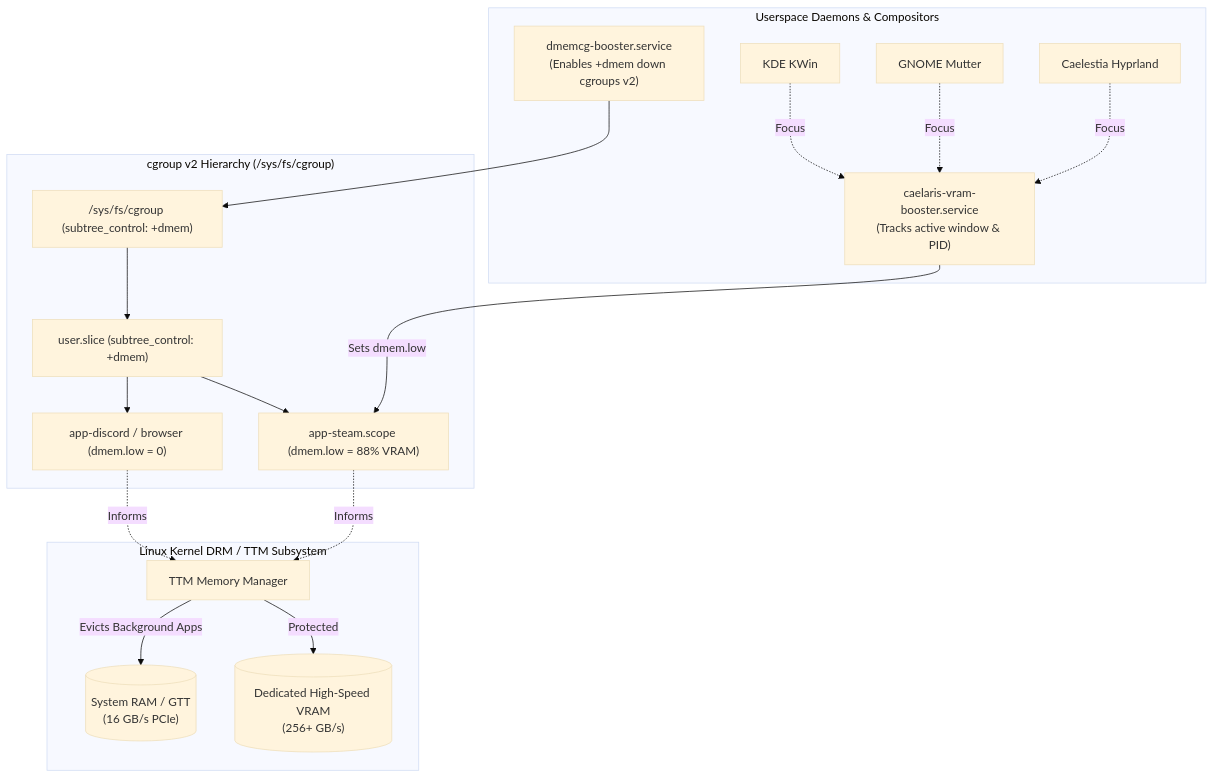
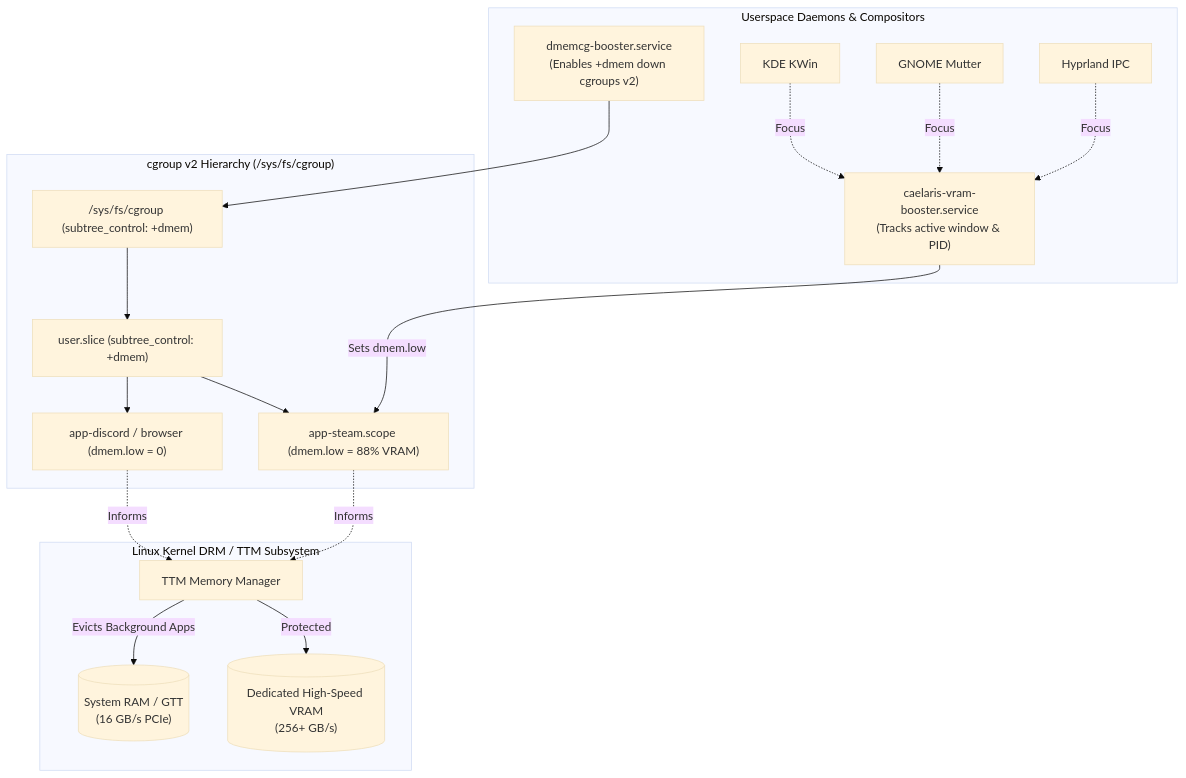
Before and after one commit to kurokai-kun/caelaris-linux: the diagram in ARCHITECTURE.md, drawn with Mermaid (base theme). The commit also changed other lines of this file and 27 other files, not shown here.

Commit message:
docs: finalize pure Hyprland transition, remove legacy Caelestia artifacts and update all documentation

````diff
--- a/ARCHITECTURE.md
+++ b/ARCHITECTURE.md
@@ -290,36 +290,36 @@
 ```mermaid
 flowchart TD
     subgraph Userspace["Userspace Daemons & Compositors"]
         dmemcg["dmemcg-booster.service<br/>(Enables +dmem down cgroups v2)"]
         booster["caelaris-vram-booster.service<br/>(Tracks active window & PID)"]
         kwin["KDE KWin"]
         mutter["GNOME Mutter"]
-        hypr["Caelestia Hyprland"]
+        hypr["Hyprland IPC"]
         kwin -. Focus .-> booster
         mutter -. Focus .-> booster
         hypr -. Focus .-> booster
     end
 
     subgraph Cgroups["cgroup v2 Hierarchy (/sys/fs/cgroup)"]
         root["/sys/fs/cgroup (subtree_control: +dmem)"]
         user["user.slice (subtree_control: +dmem)"]
         game_cg["app-steam.scope (dmem.low = 88% VRAM)"]
         bg_cg["app-discord / browser (dmem.low = 0)"]
         root --> user
         user --> game_cg
         user --> bg_cg
     end
 
     subgraph Kernel["Linux Kernel DRM / TTM Subsystem"]
         ttm["TTM Memory Manager"]
         vram[("Dedicated High-Speed VRAM<br/>(256+ GB/s)")]
         gtt[("System RAM / GTT<br/>(16 GB/s PCIe)")]
         ttm -->|"Protected"| vram
         ttm -->|"Evicts Background Apps"| gtt
     end
 
     dmemcg --> root
     booster -->|"Sets dmem.low"| game_cg
     game_cg -. Informs .-> ttm
     bg_cg -. Informs .-> ttm
 ```
````
